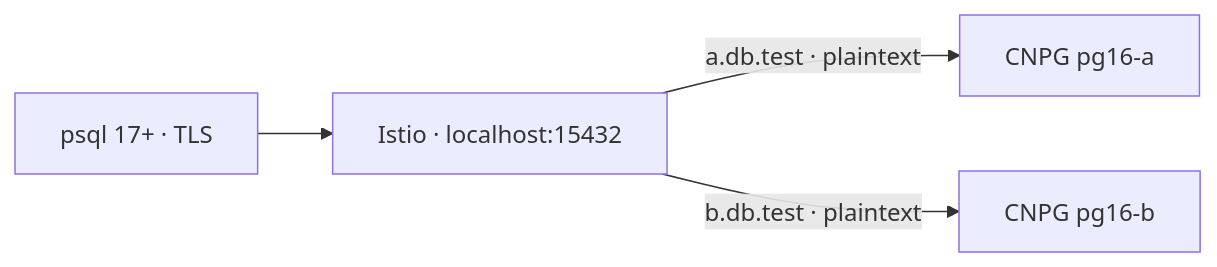
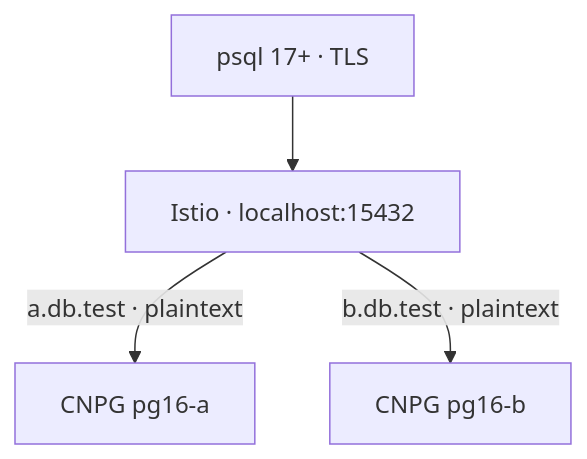
The diagram in README.md (ardentperf-labs/cnpg-istio-sni-demo), drawn with Mermaid before and after one commit.

Commit message:
Make architecture diagram top-down

````diff
--- a/README.md
+++ b/README.md
@@ -7,6 +7,6 @@
 ```mermaid
-flowchart LR
+flowchart TD
   C["psql 17+ · TLS"] --> G["Istio · localhost:15432"]
   G -->|"a.db.test · plaintext"| A["CNPG pg16-a"]
   G -->|"b.db.test · plaintext"| B["CNPG pg16-b"]
 ```
````
